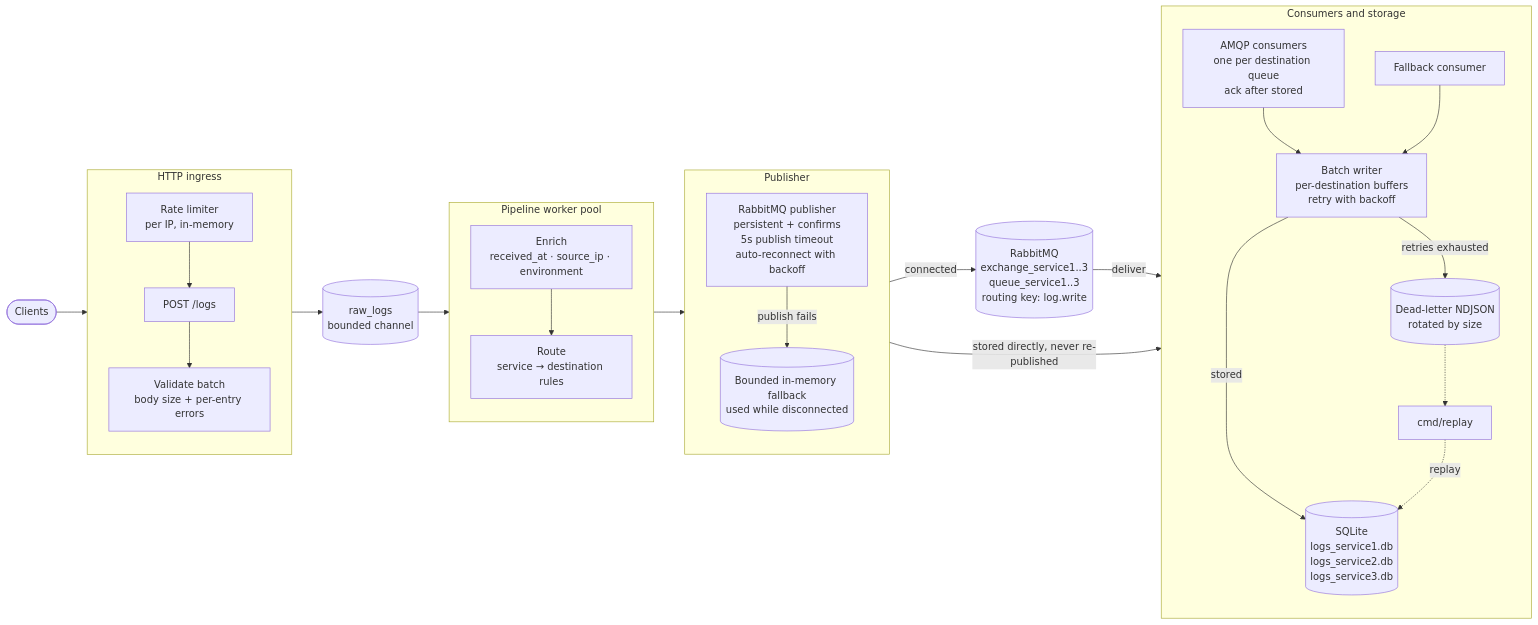
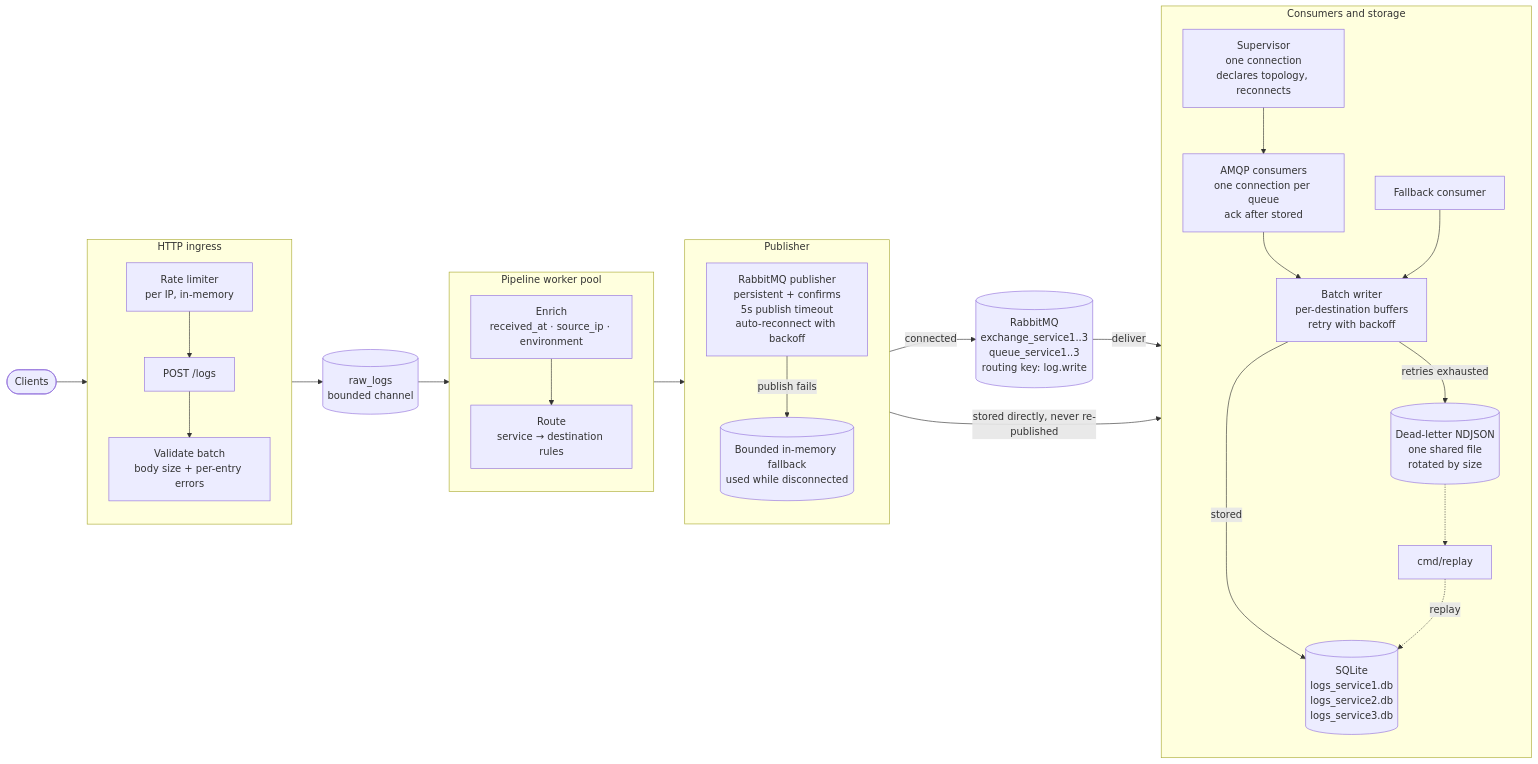
Before and after one commit to johneliud/log_ingestion_engine: the diagram in internal/dashboard/architecture.mmd, drawn with Mermaid. The commit also changed 2 other files, not shown here.

Commit message:
docs: restructure README sections and update architecture diagram with the consumer supervisor.

```diff
--- a/internal/dashboard/architecture.mmd
+++ b/internal/dashboard/architecture.mmd
@@ -1,48 +1,50 @@
 flowchart LR
     client(["Clients"])
 
     subgraph ingress["HTTP ingress"]
         direction TB
         rateLimit["Rate limiter<br/>per IP, in-memory"]
         logsEndpoint["POST /logs"]
         validate["Validate batch<br/>body size + per-entry errors"]
     end
 
     rawQueue[("raw_logs<br/>bounded channel")]
 
     subgraph processing["Pipeline worker pool"]
         direction TB
         enrich["Enrich<br/>received_at · source_ip · environment"]
         route["Route<br/>service → destination rules"]
     end
 
     subgraph publishing["Publisher"]
         direction TB
         rabbitPublisher["RabbitMQ publisher<br/>persistent + confirms<br/>5s publish timeout<br/>auto-reconnect with backoff"]
         fallback[("Bounded in-memory fallback<br/>used while disconnected")]
     end
 
     broker[("RabbitMQ<br/>exchange_service1..3<br/>queue_service1..3<br/>routing key: log.write")]
 
     subgraph delivery["Consumers and storage"]
         direction TB
-        amqpConsumer["AMQP consumers<br/>one per destination queue<br/>ack after stored"]
+        supervisor["Supervisor<br/>one connection<br/>declares topology, reconnects"]
+        amqpConsumer["AMQP consumers<br/>one connection per queue<br/>ack after stored"]
         fallbackConsumer["Fallback consumer"]
         batchWriter["Batch writer<br/>per-destination buffers<br/>retry with backoff"]
         sqlite[("SQLite<br/>logs_service1.db<br/>logs_service2.db<br/>logs_service3.db")]
-        deadLetters[("Dead-letter NDJSON<br/>rotated by size")]
+        deadLetters[("Dead-letter NDJSON<br/>one shared file<br/>rotated by size")]
         replay["cmd/replay"]
     end
 
     client --> rateLimit --> logsEndpoint --> validate --> rawQueue
     rawQueue --> enrich --> route --> rabbitPublisher
     rabbitPublisher -->|"connected"| broker
     rabbitPublisher -->|"publish fails"| fallback
-    broker -->|"deliver"| amqpConsumer
+    broker -->|"deliver"| supervisor
+    supervisor --> amqpConsumer
     fallback -->|"stored directly, never re-published"| fallbackConsumer
     amqpConsumer --> batchWriter
     fallbackConsumer --> batchWriter
     batchWriter -->|"stored"| sqlite
     batchWriter -->|"retries exhausted"| deadLetters
     deadLetters -.-> replay
     replay -.->|"replay"| sqlite
```
